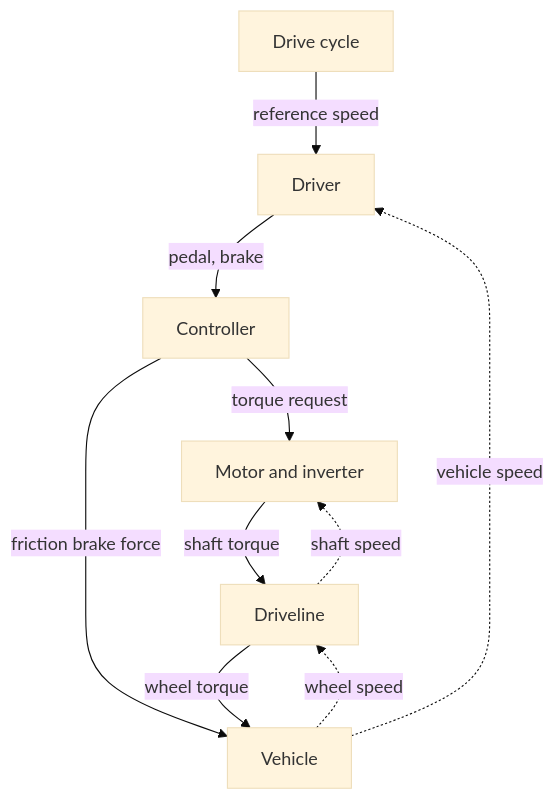
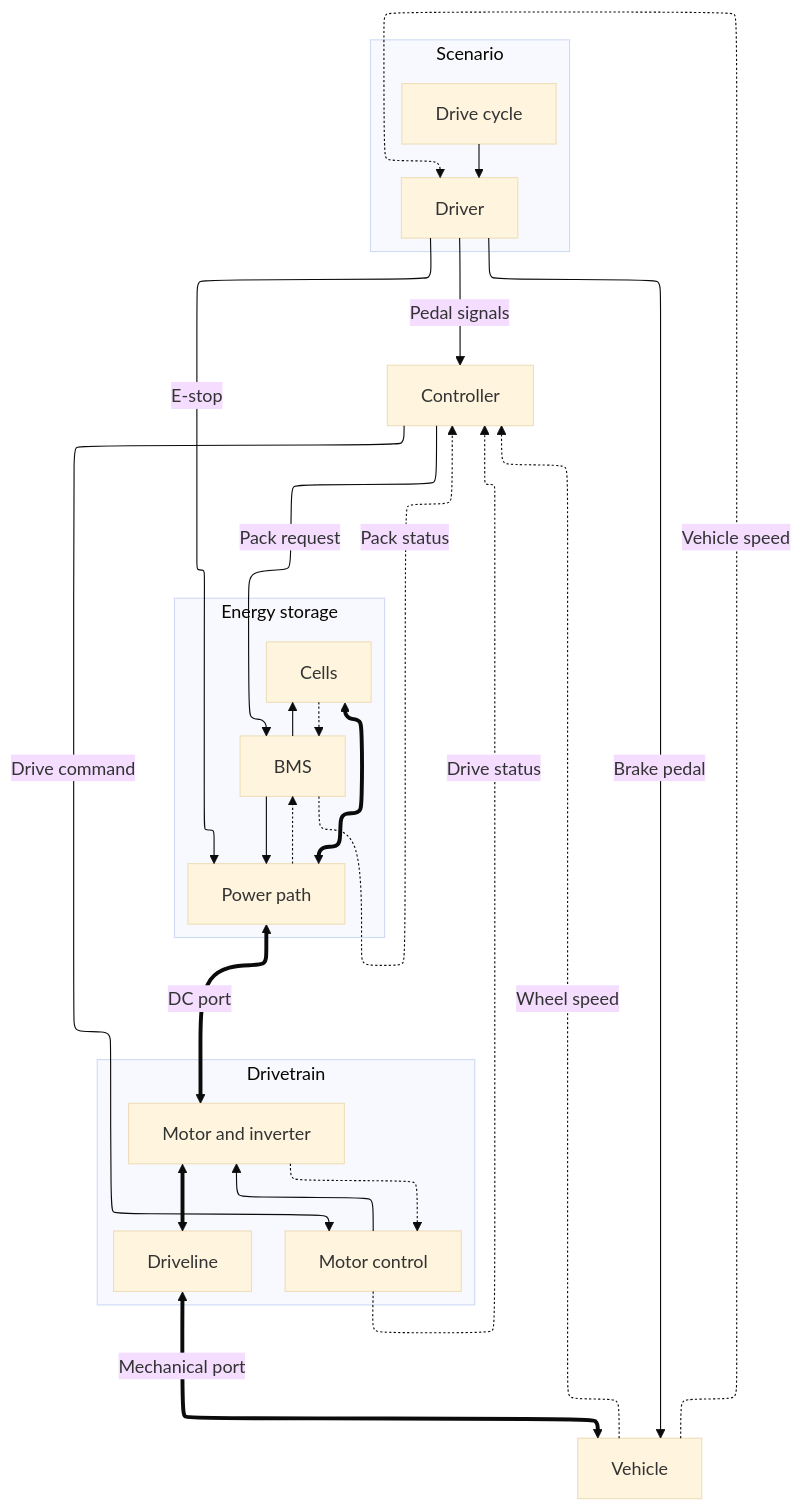
Before and after one commit to Braden2n/JoyRide: the first of 2 diagrams in tools/plant-model/FRAMEWORK.md, drawn with Mermaid (base theme). The commit also changed other lines of this file and 2 other files, not shown here.

Commit message:
Reworked the framework to be based off the vehicle dynamics research in a tool-neutral way. First pass, so will need to be worked on.

````diff
--- a/tools/plant-model/FRAMEWORK.md
+++ b/tools/plant-model/FRAMEWORK.md
@@ -31,12 +63,41 @@
 ```mermaid
-flowchart TB
-    Cycle[Drive cycle] -->|reference speed| Driver
-    Driver -->|pedal, brake| Controller
-    Controller -->|torque request| Motor[Motor and inverter]
-    Controller -->|friction brake force| Vehicle
-    Motor -->|shaft torque| Driveline
-    Driveline -->|wheel torque| Vehicle
-    Vehicle -.->|wheel speed| Driveline
-    Driveline -.->|shaft speed| Motor
-    Vehicle -.->|vehicle speed| Driver
+---
+config:
+  layout: elk
+  elk:
+    nodePlacementStrategy: NETWORK_SIMPLEX
+---
+flowchart
+    subgraph SCN[Scenario]
+        Cycle[Drive cycle] --> Driver
+    end
+    Controller
+    subgraph ESS[Energy storage]
+        BMS --> Path[Power path]
+        BMS --> Cells
+        Cells <==> Path
+        Cells -.-> BMS
+        Path -.-> BMS
+    end
+    subgraph DT[Drivetrain]
+        MC[Motor control] --> Motor[Motor and inverter]
+        Motor -.-> MC
+        Motor <==> Driveline
+    end
+    Vehicle
+    Driver -->|Pedal signals| Controller
+    Driver -->|E-stop| Path
+    Driver -->|Brake pedal| Vehicle
+    Controller -->|Pack request| BMS
+    Controller -->|Drive command| MC
+    Path <==>|DC port| Motor
+    Driveline <==>|Mechanical port| Vehicle
+    BMS -.->|Pack status| Controller
+    MC -.->|Drive status| Controller
+    Vehicle -.->|Wheel speed| Controller
+    Vehicle -.->|Vehicle speed| Driver
+    %% Invisible links keep the Controller above the blocks it commands in the ELK layering.
+    Controller ~~~ Vehicle
+    Controller ~~~ Path
+    Controller ~~~ Motor
 ```
````
